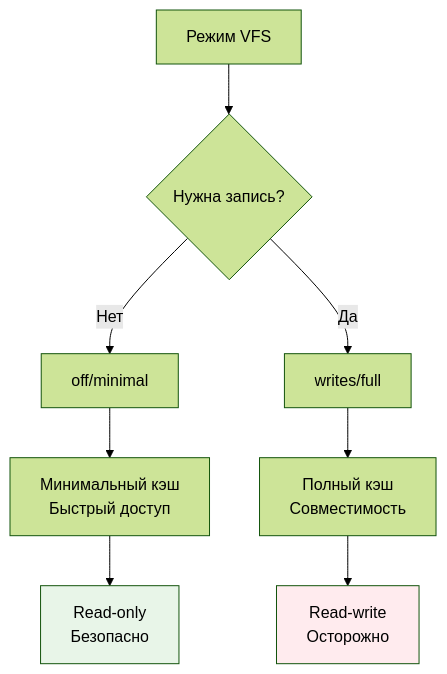
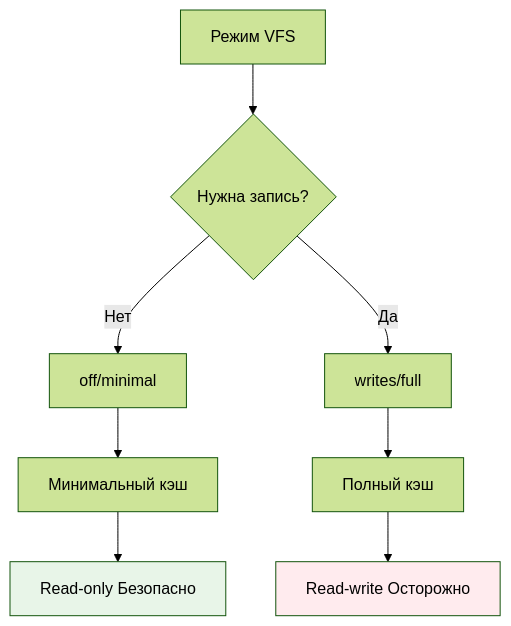
The fifth of 9 diagrams in docs/Диаграммы.md (medphisiker/rclone-manager), drawn with Mermaid (forest theme) before and after one commit. The commit also changed other lines of this file, not shown here.

First line of the commit message:
docs: добавить диаграммы для Rclone Manager

````diff
--- a/docs/Диаграммы.md
+++ b/docs/Диаграммы.md
@@ -126,15 +87,15 @@
 ```mermaid
 graph TD
     A[Режим VFS] --> B{Нужна запись?}
     B -->|Нет| C[off/minimal]
     B -->|Да| D[writes/full]
     
-    C --> E[Минимальный кэш<br/>Быстрый доступ]
-    D --> F[Полный кэш<br/>Совместимость]
+    C --> E[Минимальный кэш]
+    D --> F[Полный кэш]
     
-    E --> G[Read-only<br/>Безопасно]
-    F --> H[Read-write<br/>Осторожно]
+    E --> G[Read-only Безопасно]
+    F --> H[Read-write Осторожно]
     
     style G fill:#e8f5e8
     style H fill:#ffebee
 ```
````
